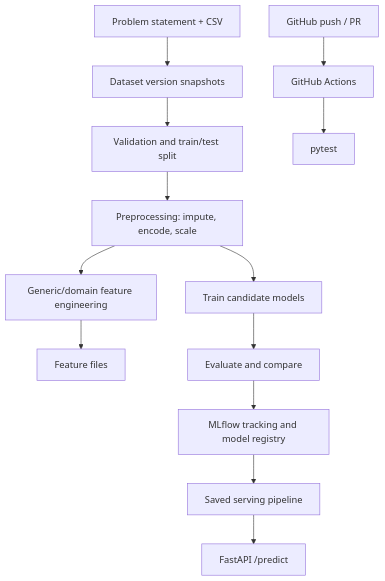
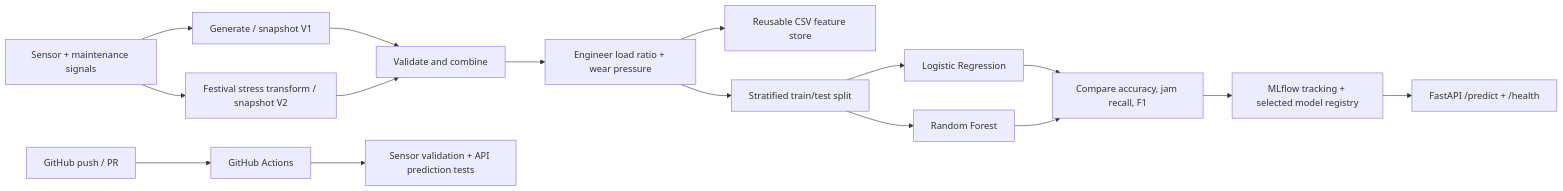
One commit to MOHANCHARAN24/Conveyor_jam_MLOPS changed the diagram in ARCHITECTURE.md. Above: the diagram before and after it, drawn with Mermaid. The commit also changed other lines of this file and 26 other files, not shown here.

Commit message:
Implement conveyor jam prediction MLOps

````diff
--- a/ARCHITECTURE.md
+++ b/ARCHITECTURE.md
@@ -3,15 +3,18 @@
 ```mermaid
-flowchart TD
- A[Problem statement + CSV] --> B[Dataset version snapshots]
- B --> C[Validation and train/test split]
- C --> D[Preprocessing: impute, encode, scale]
- D --> E[Generic/domain feature engineering]
- E --> F[Feature files]
- D --> G[Train candidate models]
- G --> H[Evaluate and compare]
- H --> I[MLflow tracking and model registry]
- I --> J[Saved serving pipeline]
- J --> K[FastAPI /predict]
- L[GitHub push / PR] --> M[GitHub Actions]
- M --> N[pytest]
+flowchart LR
+  A[Sensor + maintenance signals] --> B[Generate / snapshot V1]
+  A --> C[Festival stress transform / snapshot V2]
+  B --> D[Validate and combine]
+  C --> D
+  D --> E[Engineer load ratio + wear pressure]
+  E --> F[Reusable CSV feature store]
+  E --> G[Stratified train/test split]
+  G --> H[Logistic Regression]
+  G --> I[Random Forest]
+  H --> J[Compare accuracy, jam recall, F1]
+  I --> J
+  J --> K[MLflow tracking + selected model registry]
+  K --> L[FastAPI /predict + /health]
+  M[GitHub push / PR] --> N[GitHub Actions]
+  N --> O[Sensor validation + API prediction tests]
 ```
````
